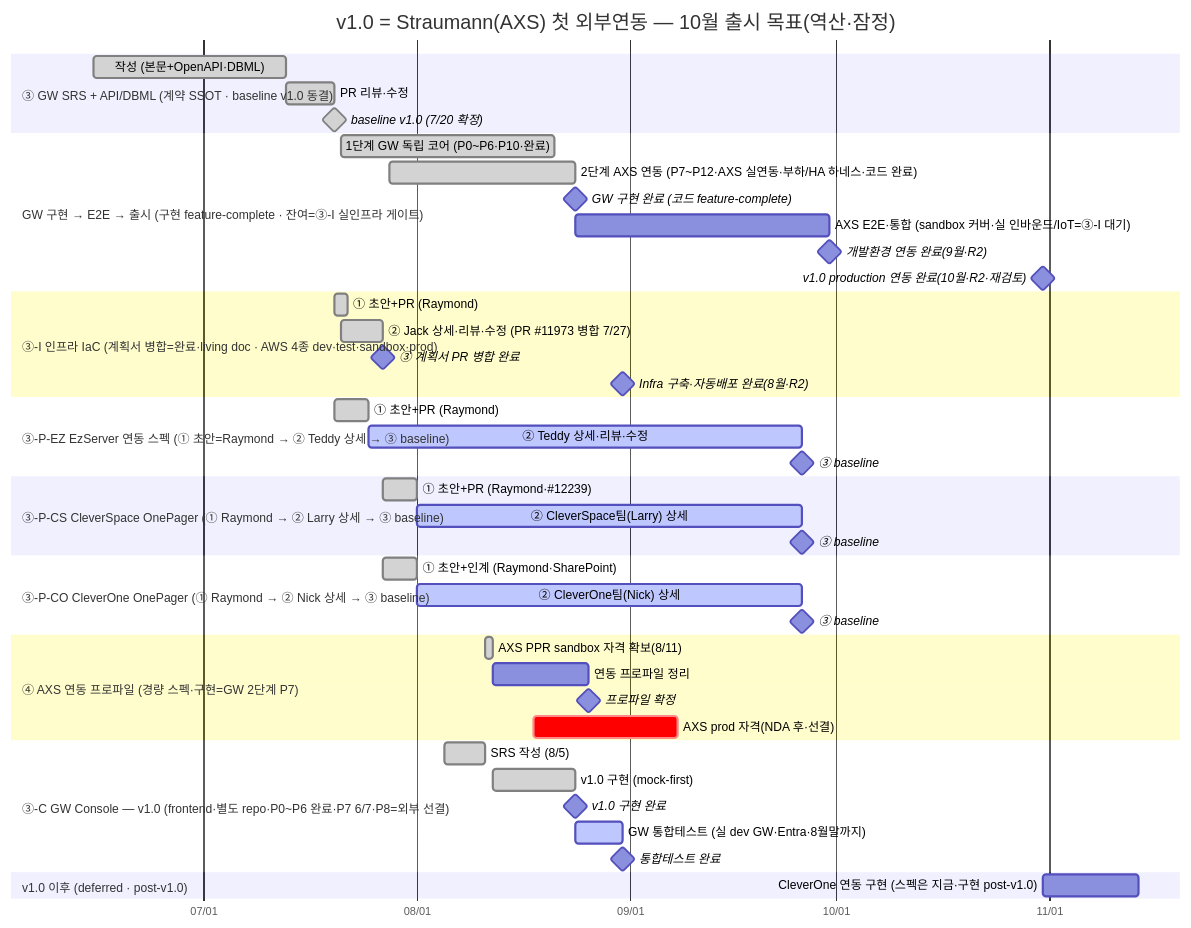
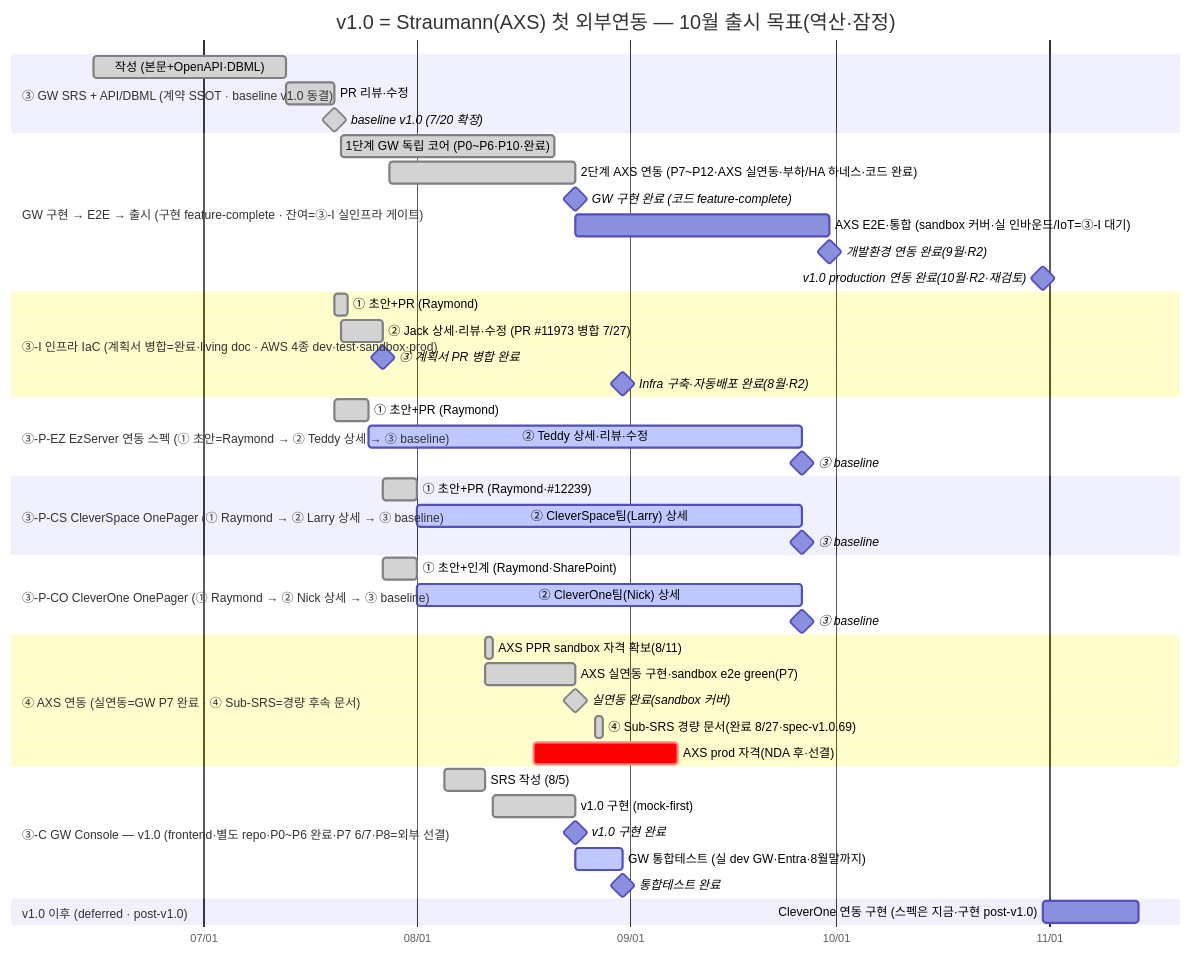
The diagram in docs/VT_API_Gateway/08.VT_API_Gateway/주간회의-Agenda.md (gracegyu/scp-architecture), drawn with Mermaid before and after one commit. The commit also changed other lines of this file, not shown here.

First line of the commit message:
docs(agenda): Expand agenda with detailed decisions and updates for 8/31 demo and AXS integration

````diff
--- a/docs/VT_API_Gateway/08.VT_API_Gateway/주간회의-Agenda.md
+++ b/docs/VT_API_Gateway/08.VT_API_Gateway/주간회의-Agenda.md
@@ -169,57 +203,58 @@
     ```mermaid
     gantt
         title v1.0 = Straumann(AXS) 첫 외부연동 — 10월 출시 목표(역산·잠정)
         dateFormat YYYY-MM-DD
         axisFormat %m/%d
         todayMarker stroke-width:3px,stroke:#d33,opacity:0.6
 
         section ③ GW SRS + API/DBML (계약 SSOT · baseline v1.0 동결)
         작성 (본문+OpenAPI·DBML)       :done, srsw, 2026-06-15, 28d
         PR 리뷰·수정                  :done, srspr, 2026-07-13, 2026-07-20
         baseline v1.0 (7/20 확정)      :milestone, done, srsbl, 2026-07-20, 0d
 
         section GW 구현 → E2E → 출시 (구현 feature-complete · 잔여=③-I 실인프라 게이트)
         1단계 GW 독립 코어 (P0~P6·P10·완료) :done, implindep, 2026-07-21, 31d
         2단계 AXS 연동 (P7~P12·AXS 실연동·부하/HA 하네스·코드 완료) :done, implaxs, 2026-07-28, 2026-08-24
         GW 구현 완료 (코드 feature-complete) :milestone, impldone, 2026-08-24, 0d
         AXS E2E·통합 (sandbox 커버·실 인바운드/IoT=③-I 대기) :e2e, 2026-08-24, 2026-09-30
         개발환경 연동 완료(9월·R2)      :milestone, dev9, 2026-09-30, 0d
         v1.0 production 연동 완료(10월·R2·재검토) :milestone, rel, 2026-10-31, 0d
 
         section ③-I 인프라 IaC (계획서 병합=완료·living doc · AWS 4종 dev·test·sandbox·prod)
         ① 초안+PR (Raymond)            :done, infw, 2026-07-20, 2d
         ② Jack 상세·리뷰·수정 (PR #11973 병합 7/27) :done, infpr, 2026-07-21, 6d
         ③ 계획서 PR 병합 완료          :milestone, infbl, 2026-07-27, 0d
         Infra 구축·자동배포 완료(8월·R2) :milestone, infra8, 2026-08-31, 0d
 
         section ③-P-EZ EzServer 연동 스펙 (① 초안=Raymond → ② Teddy 상세 → ③ baseline)
         ① 초안+PR (Raymond)            :done, ezw, 2026-07-20, 5d
         ② Teddy 상세·리뷰·수정         :active, ezpr, after ezw, 63d
         ③ baseline                     :milestone, ezbl, after ezpr, 0d
 
         section ③-P-CS CleverSpace OnePager (① Raymond → ② Larry 상세 → ③ baseline)
         ① 초안+PR (Raymond·#12239)     :done, cssub, 2026-07-27, 5d
         ② CleverSpace팀(Larry) 상세    :active, cspr, after cssub, 56d
         ③ baseline                     :milestone, csbl, after cspr, 0d
 
         section ③-P-CO CleverOne OnePager (① Raymond → ② Nick 상세 → ③ baseline)
         ① 초안+인계 (Raymond·SharePoint) :done, cosub, 2026-07-27, 5d
         ② CleverOne팀(Nick) 상세       :active, copr, after cosub, 56d
         ③ baseline                     :milestone, cobl, after copr, 0d
 
-        section ④ AXS 연동 프로파일 (경량 스펙·구현=GW 2단계 P7)
+        section ④ AXS 연동 (실연동=GW P7 완료 · ④ Sub-SRS=경량 후속 문서)
         AXS PPR sandbox 자격 확보(8/11) :done, cred, 2026-08-11, 1d
-        연동 프로파일 정리             :axsw, after cred, 14d
-        프로파일 확정                  :milestone, axsbl, after axsw, 0d
+        AXS 실연동 구현·sandbox e2e green(P7) :done, axsimpl, 2026-08-11, 2026-08-24
+        실연동 완료(sandbox 커버)      :milestone, done, axsdone, 2026-08-24, 0d
+        ④ Sub-SRS 경량 문서(완료 8/27·spec-v1.0.69) :done, axssub, 2026-08-27, 1d
         AXS prod 자격(NDA 후·선결)     :crit, credp, 2026-08-18, 21d
 
         section ③-C GW Console — v1.0 (frontend·별도 repo·P0~P6 완료·P7 6/7·P8=외부 선결)
         SRS 작성 (8/5)                 :done, consrsw, 2026-08-05, 6d
         v1.0 구현 (mock-first)         :done, conv1, 2026-08-12, 2026-08-24
         v1.0 구현 완료                 :milestone, conv1m, 2026-08-24, 0d
         GW 통합테스트 (실 dev GW·Entra·8월말까지) :active, contest, 2026-08-24, 2026-08-31
         통합테스트 완료                :milestone, contestm, 2026-08-31, 0d
 
         section v1.0 이후 (deferred · post-v1.0)
         CleverOne 연동 구현 (스펙은 지금·구현 post-v1.0) :codef, after rel, 14d
     ```
````
